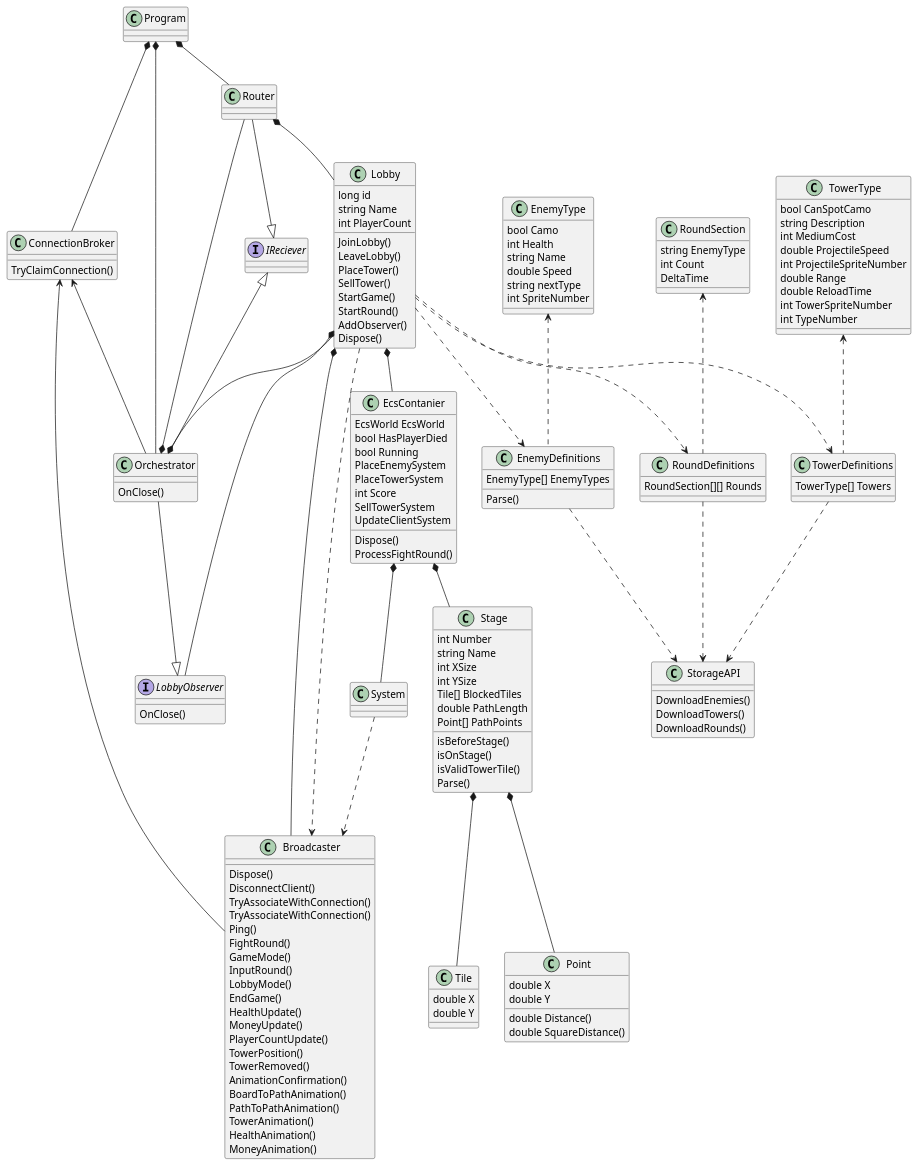
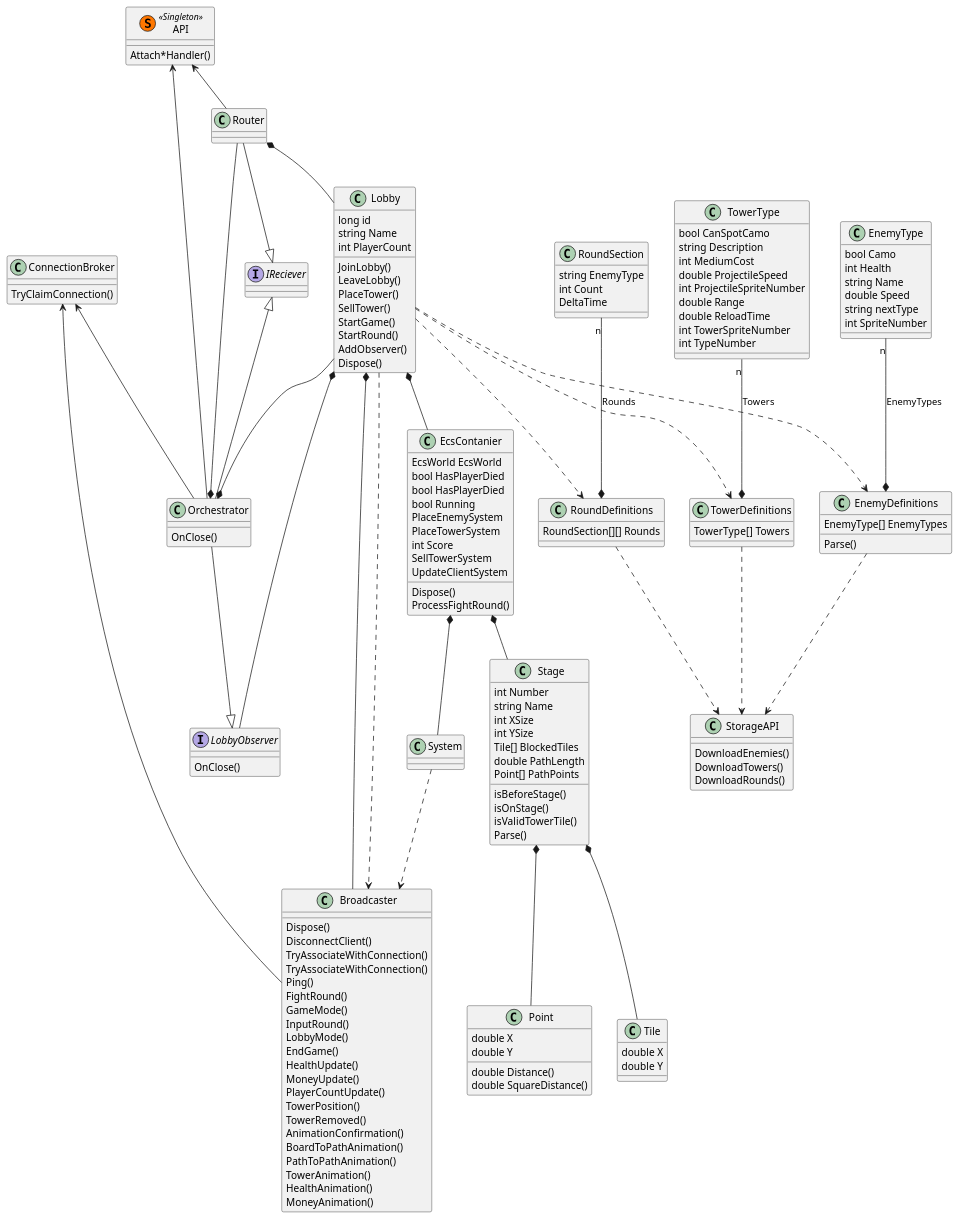
One commit to SWA-group-1/PlantUML changed the diagram in Logical/API/Backend.puml. Above: the diagram before and after it, drawn with PlantUML. The commit also changed 1 other file, not shown here.

```diff
--- a/Logical/API/Backend.puml
+++ b/Logical/API/Backend.puml
@@ -1,193 +1,195 @@
 @startuml
 'https://plantuml.com/class-diagram
+
+class API<< (S,#FF7700) Singleton >>{
+Attach*Handler()
+}
 
 class ConnectionBroker{
 TryClaimConnection()
 }
 
 class EnemyType {
 bool Camo
 int Health
 string Name
 double Speed
 string nextType
 int SpriteNumber
 }
 
 class RoundSection {
 string EnemyType
 int Count
 DeltaTime
 }
 
 class EnemyDefinitions{
 EnemyType[] EnemyTypes
 Parse()
 }
 
 class TowerType{
 bool CanSpotCamo
 string Description
 int MediumCost
 double ProjectileSpeed
 int ProjectileSpriteNumber
 double Range
 double ReloadTime
 int TowerSpriteNumber
 int TypeNumber
 }
 
 class RoundDefinitions {
 RoundSection[][] Rounds
 }
 
 class TowerDefinitions{
 TowerType[] Towers
 }
 
 class StorageAPI{
 DownloadEnemies()
 DownloadTowers()
 DownloadRounds()
 }
 
 class Router {
 
 }
 
 class Orchestrator {
 OnClose()
 }
 
 interface LobbyObserver{
 OnClose()
 }
 
 class Lobby{
 long id
 string Name
 int PlayerCount
 JoinLobby()
 LeaveLobby()
 PlaceTower()
 SellTower()
 StartGame()
 StartRound()
 AddObserver()
 Dispose()
 }
 
 class EcsContanier{
 EcsWorld EcsWorld
 bool HasPlayerDied
+bool HasPlayerDied
 bool Running
 PlaceEnemySystem
 PlaceTowerSystem
 int Score
 SellTowerSystem
 UpdateClientSystem
 Dispose()
 ProcessFightRound()
 }
 
 class System{
 
 }
 
 class Stage{
 int Number
 string Name
 int XSize
 int YSize
 Tile[] BlockedTiles
 double PathLength
 Point[] PathPoints
 isBeforeStage()
 isOnStage()
 isValidTowerTile()
 Parse()
 }
 
 class Point{
 double X
 double Y
 double Distance()
 double SquareDistance()
 }
 
 class Tile{
 double X
 double Y
 }
 
 class Broadcaster{
 Dispose()
 DisconnectClient()
 TryAssociateWithConnection()
 TryAssociateWithConnection()
 Ping()
 FightRound()
 GameMode()
 InputRound()
 LobbyMode()
 EndGame()
 HealthUpdate()
 MoneyUpdate()
 PlayerCountUpdate()
 TowerPosition()
 TowerRemoved()
 AnimationConfirmation()
 BoardToPathAnimation()
 PathToPathAnimation()
 TowerAnimation()
 HealthAnimation()
 MoneyAnimation()
 }
 
 interface IReciever
 
-class Program {}
-
-Program *-- ConnectionBroker
-Program *-- Router
-Program *-- Orchestrator
+API <-- Router
+API <-- Orchestrator
 
 ConnectionBroker <-- Broadcaster
 ConnectionBroker <-- Orchestrator
 
 IReciever <|-up- Router
 IReciever <|-- Orchestrator
 
 Router *-- Lobby
 Router --* Orchestrator
 
 Lobby *-- EcsContanier
 Lobby *-- Broadcaster
 Lobby --* Orchestrator
 
 EcsContanier *-- Stage
 
 EcsContanier *-- System
 
-EnemyType <.. EnemyDefinitions
-RoundSection <.. RoundDefinitions
-TowerType <.. TowerDefinitions
+EnemyType "n" --* EnemyDefinitions : "EnemyTypes"
+RoundSection "n" --* RoundDefinitions : "Rounds"
+TowerType "n" --* TowerDefinitions : "Towers"
 
 Lobby ..> TowerDefinitions
 Lobby ..> RoundDefinitions
 Lobby ..> EnemyDefinitions
 
 Lobby ..> Broadcaster
 System ..> Broadcaster
 
 StorageAPI <.up. TowerDefinitions
 StorageAPI <.up. RoundDefinitions
 StorageAPI <.up. EnemyDefinitions
 
 Stage *-- Point
 Stage *-- Tile
 
 Lobby *-- LobbyObserver
 LobbyObserver <|-up- Orchestrator
 
 @enduml
```
